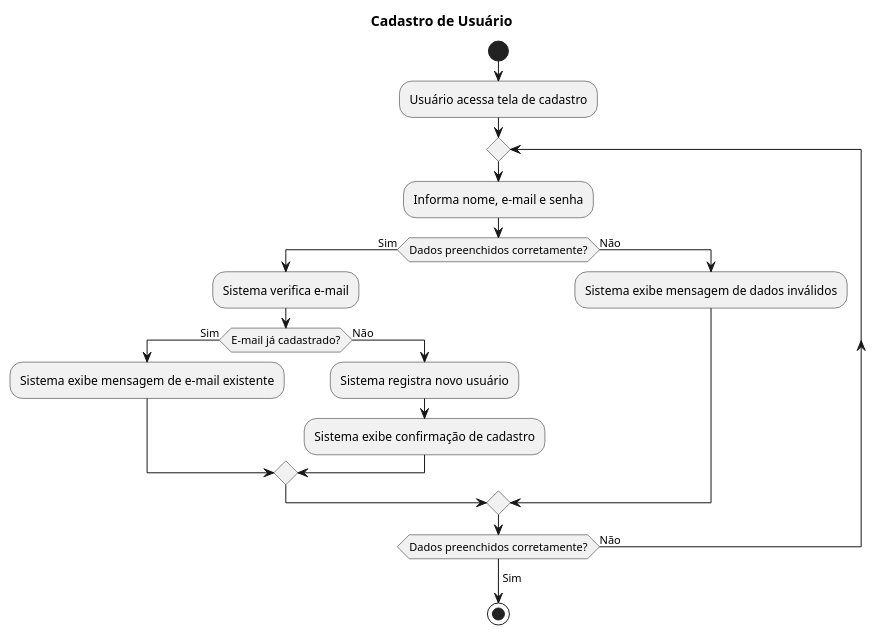
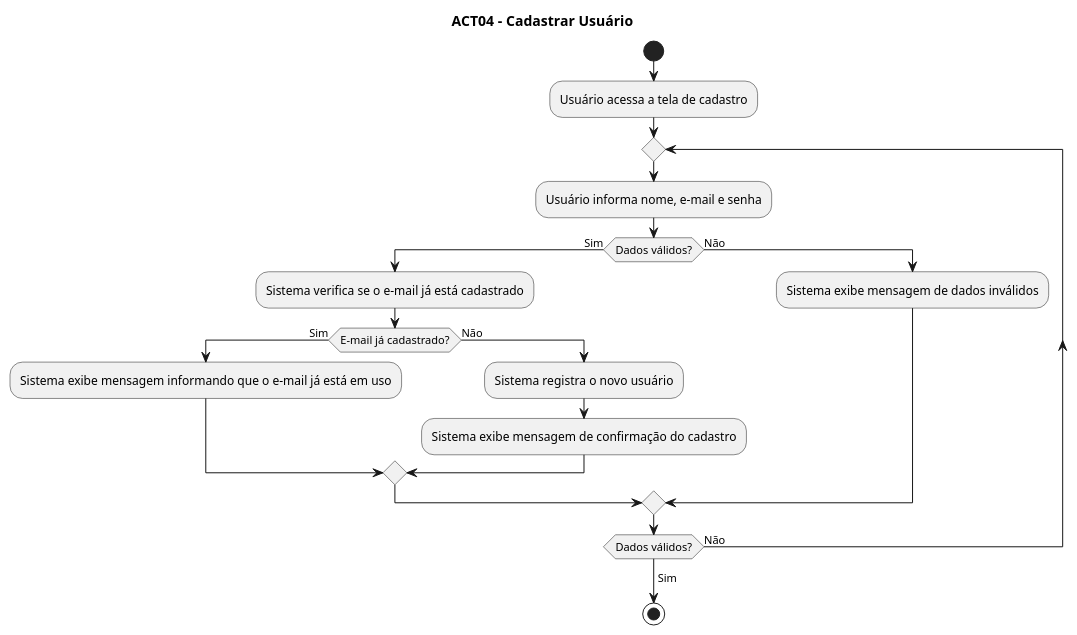
The diagram in docs/modelagem/atividades/cadastro-usuario.puml (Nathan-Edu/Financa-Facil), drawn with PlantUML before and after one commit.

```diff
--- a/docs/modelagem/atividades/cadastro-usuario.puml
+++ b/docs/modelagem/atividades/cadastro-usuario.puml
@@ -1,29 +1,32 @@
 @startuml
-title Cadastro de Usuário
+
+title ACT04 - Cadastrar Usuário
 
 start
 
-:Usuário acessa tela de cadastro;
+:Usuário acessa a tela de cadastro;
 
 repeat
-  :Informa nome, e-mail e senha;
+  :Usuário informa nome, e-mail e senha;
 
-  if (Dados preenchidos corretamente?) then (Sim)
-    :Sistema verifica e-mail;
+  if (Dados válidos?) then (Sim)
+
+    :Sistema verifica se o e-mail já está cadastrado;
 
     if (E-mail já cadastrado?) then (Sim)
-      :Sistema exibe mensagem de e-mail existente;
+      :Sistema exibe mensagem informando que o e-mail já está em uso;
     else (Não)
-      :Sistema registra novo usuário;
-      :Sistema exibe confirmação de cadastro;
+      :Sistema registra o novo usuário;
+      :Sistema exibe mensagem de confirmação do cadastro;
     endif
 
   else (Não)
     :Sistema exibe mensagem de dados inválidos;
   endif
 
-repeat while (Dados preenchidos corretamente?) is (Não)
+repeat while (Dados válidos?) is (Não)
 -> Sim;
 
 stop
+
 @enduml
```
